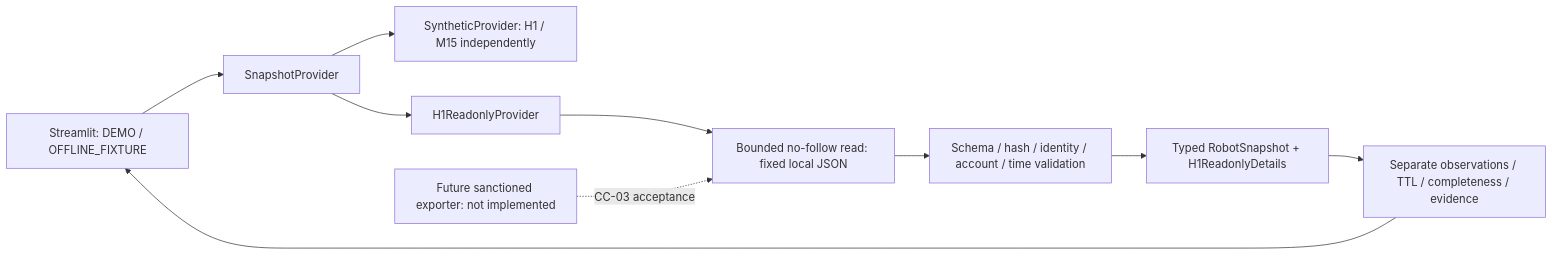
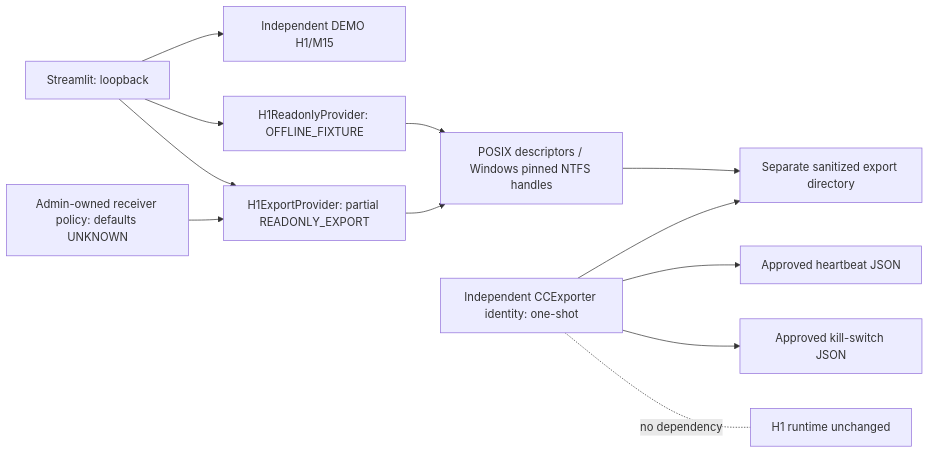
Before and after one commit to alkospacer123/market-pattern-discovery: the diagram in ControlCenter/docs/ARCHITECTURE.md, drawn with Mermaid. The commit also changed other lines of this file and 36 other files, not shown here.

Commit message:
ControlCenter CC-03: prepare Windows secure readonly integration

````diff
--- a/ControlCenter/docs/ARCHITECTURE.md
+++ b/ControlCenter/docs/ARCHITECTURE.md
@@ -9,12 +5,14 @@
 ```mermaid
 flowchart LR
-  UI[Streamlit: DEMO / OFFLINE_FIXTURE] --> P[SnapshotProvider]
-  P --> S[SyntheticProvider: H1 / M15 independently]
-  P --> H[H1ReadonlyProvider]
-  H --> R[Bounded no-follow read: fixed local JSON]
-  R --> V[Schema / hash / identity / account / time validation]
-  V --> M[Typed RobotSnapshot + H1ReadonlyDetails]
-  M --> F[Separate observations / TTL / completeness / evidence]
-  F --> UI
-  E[Future sanctioned exporter: not implemented] -. CC-03 acceptance .-> R
+  UI[Streamlit: loopback] --> S[Independent DEMO H1/M15]
+  UI --> F[H1ReadonlyProvider: OFFLINE_FIXTURE]
+  UI --> R[H1ExportProvider: partial READONLY_EXPORT]
+  F --> B[POSIX descriptors / Windows pinned NTFS handles]
+  R --> B
+  P[Admin-owned receiver policy: defaults UNKNOWN] --> R
+  B --> E[Separate sanitized export directory]
+  X[Independent CCExporter identity: one-shot] --> H[Approved heartbeat JSON]
+  X --> K[Approved kill-switch JSON]
+  X --> E
+  X -. no dependency .- T[H1 runtime unchanged]
 ```
````
